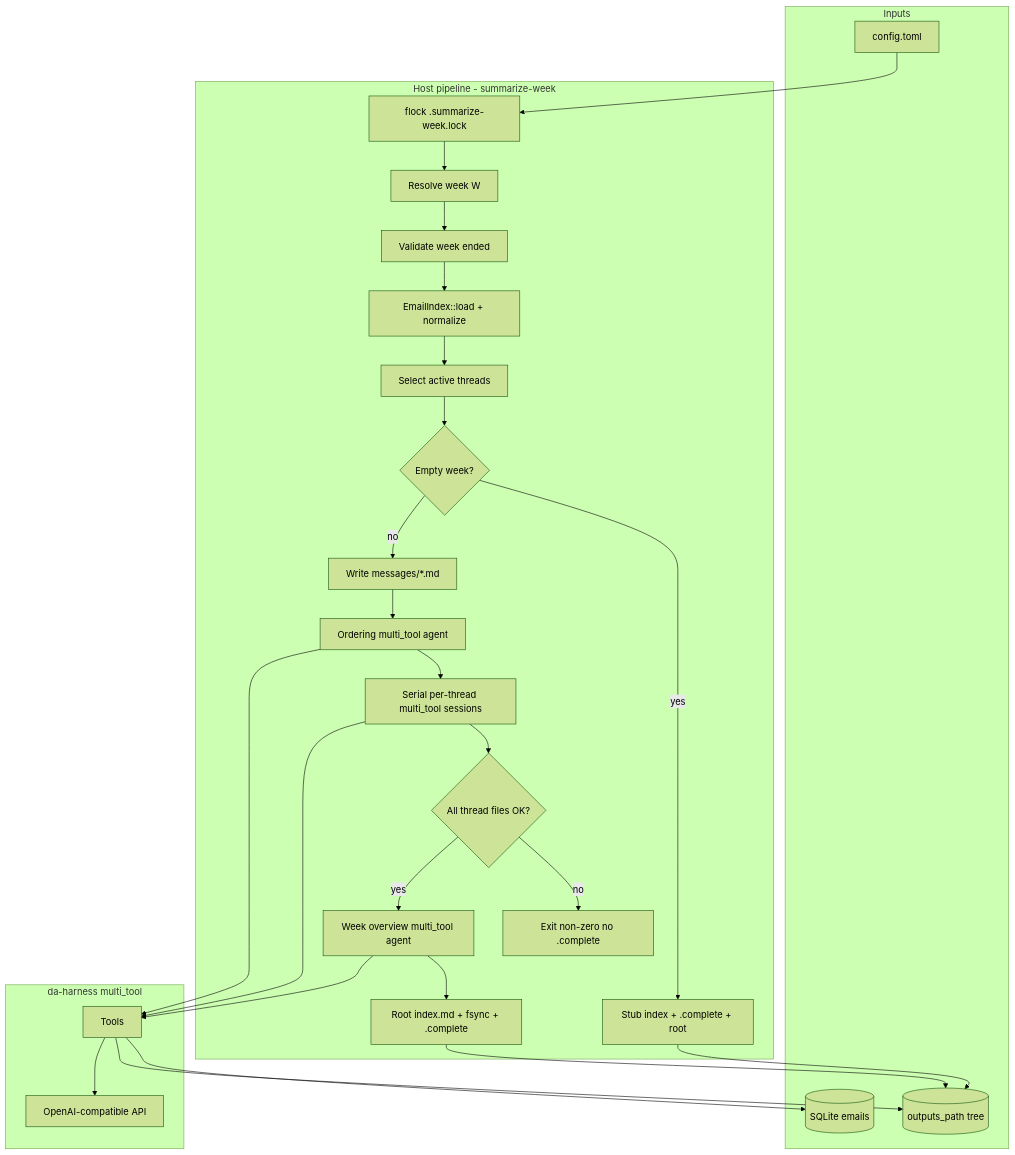
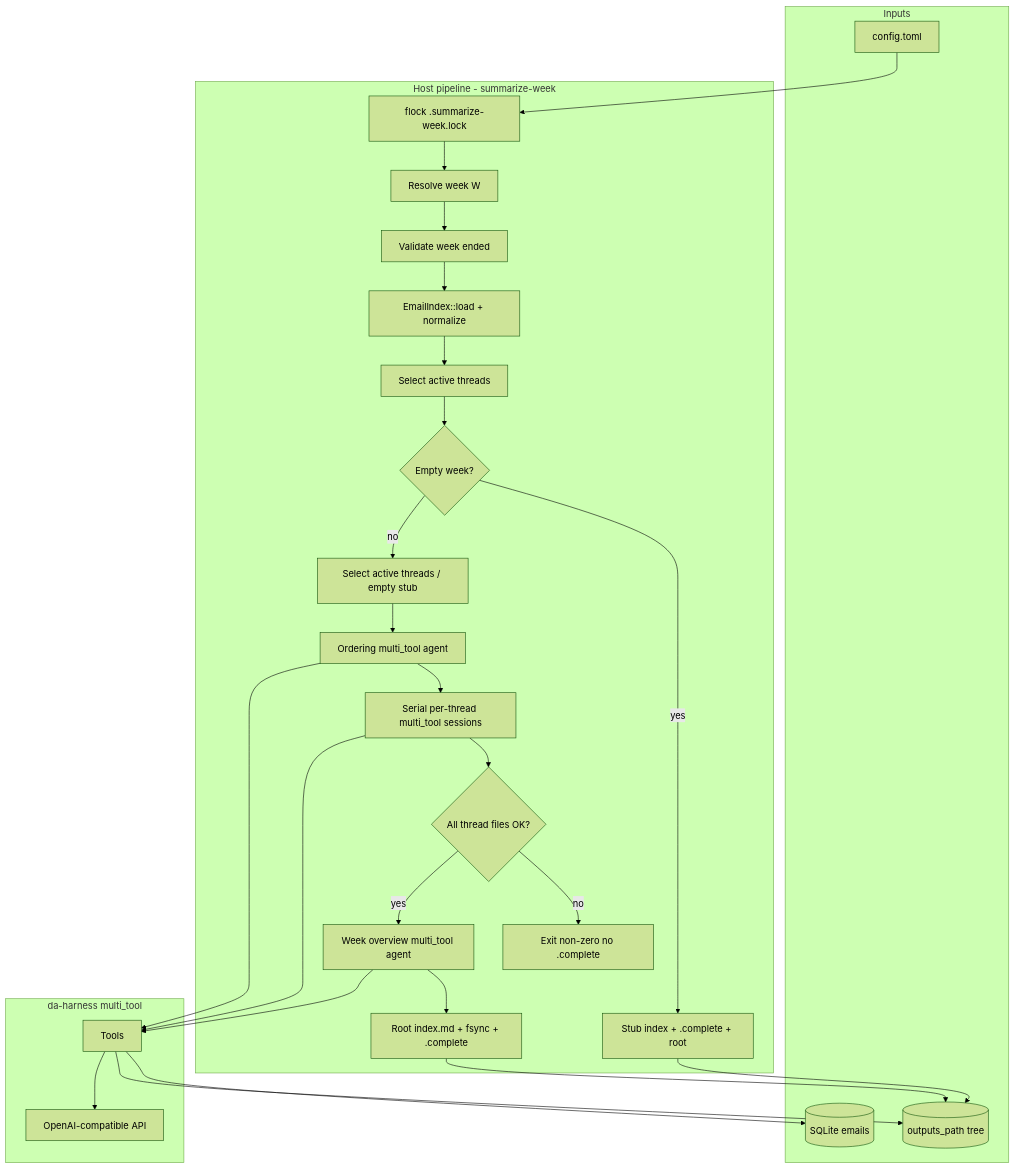
The first of 2 diagrams in doc/design.md (da-x/lore-journalist), drawn with Mermaid (forest theme) before and after one commit. The commit also changed other lines of this file and 5 other files, not shown here.

````diff
--- a/doc/design.md
+++ b/doc/design.md
@@ -144,44 +146,44 @@
 ```mermaid
 flowchart TB
   subgraph inputs [Inputs]
     CFG[config.toml]
     DB[(SQLite emails)]
     OUT[(outputs_path tree)]
   end
 
   subgraph host [Host pipeline - summarize-week]
     LOCK[flock .summarize-week.lock]
     RW[Resolve week W]
     VAL[Validate week ended]
     IDX[EmailIndex::load + normalize]
     SEL[Select active threads]
     EMP{Empty week?}
     STUB[Stub index + .complete + root]
-    WM[Write messages/*.md]
+    PREP[Select active threads / empty stub]
     ORD[Ordering multi_tool agent]
     TA[Serial per-thread multi_tool sessions]
     GATE{All thread files OK?}
     WA[Week overview multi_tool agent]
     ROOT[Root index.md + fsync + .complete]
     FAIL[Exit non-zero no .complete]
   end
 
   subgraph harness [da-harness multi_tool]
     TOOLS[Tools]
     LLM[OpenAI-compatible API]
   end
 
   CFG --> LOCK --> RW --> VAL --> IDX --> SEL --> EMP
   EMP -->|yes| STUB
-  EMP -->|no| WM --> ORD --> TA --> GATE
+  EMP -->|no| PREP --> ORD --> TA --> GATE
   GATE -->|no| FAIL
   GATE -->|yes| WA --> ROOT
   ORD --> TOOLS
   TA --> TOOLS
   WA --> TOOLS
   TOOLS --> DB
   TOOLS --> OUT
   TOOLS --> LLM
   STUB --> OUT
   ROOT --> OUT
 ```
````
